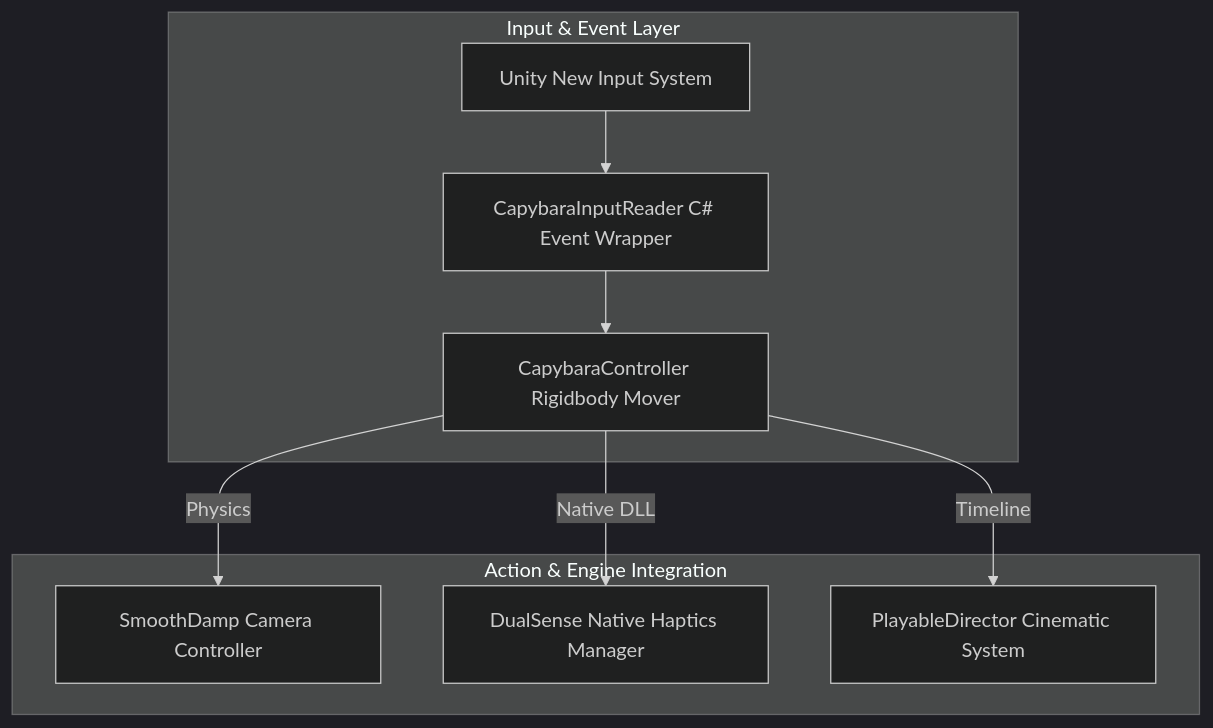
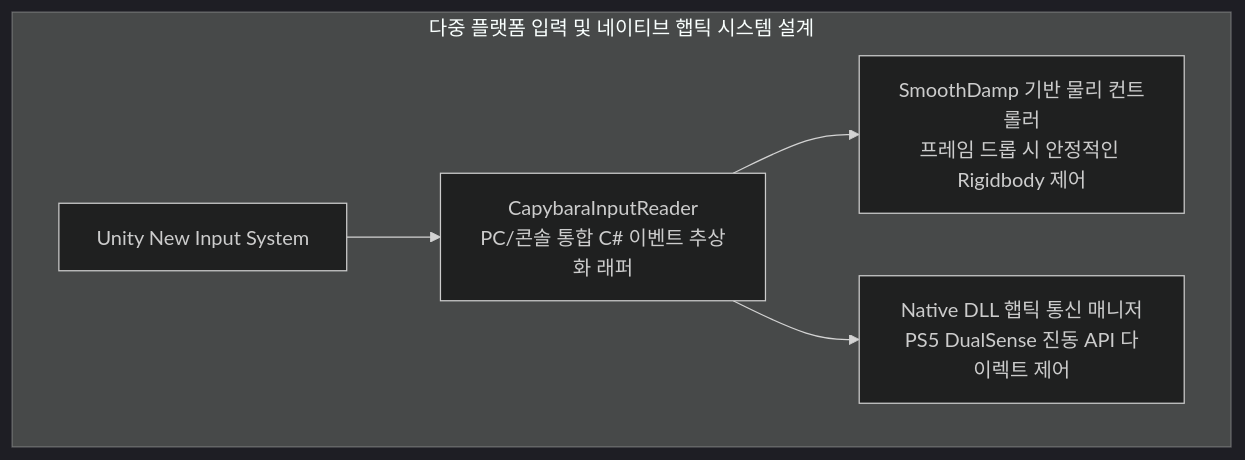
One commit to phal5/XSBD-WebPortfolio changed the diagram in Portfolio/CapyCapyCapybara/content.md. Above: the diagram before and after it, drawn with Mermaid (dark theme). The commit also changed 11 other files, not shown here.

````diff
--- a/Portfolio/CapyCapyCapybara/content.md
+++ b/Portfolio/CapyCapyCapybara/content.md
@@ -35,12 +35,8 @@
 ```mermaid
 graph TD
-    subgraph "Input & Event Layer"
-        Input[Unity New Input System] --> Reader[CapybaraInputReader C# Event Wrapper]
-        Reader --> Controller[CapybaraController Rigidbody Mover]
-    end
-    subgraph "Action & Engine Integration"
-        Controller -->|Physics| Smooth[SmoothDamp Camera Controller]
-        Controller -->|Native DLL| Haptics[DualSense Native Haptics Manager]
-        Controller -->|Timeline| Director[PlayableDirector Cinematic System]
+    subgraph "다중 플랫폼 입력 및 네이티브 햅틱 시스템 설계"
+        Input[Unity New Input System] --> Wrapper[CapybaraInputReader<br/>PC/콘솔 통합 C# 이벤트 추상화 래퍼]
+        Wrapper --> Physics[SmoothDamp 기반 물리 컨트롤러<br/>프레임 드롭 시 안정적인 Rigidbody 제어]
+        Wrapper --> DLL[Native DLL 햅틱 통신 매니저<br/>PS5 DualSense 진동 API 다이렉트 제어]
     end
 ```
````
